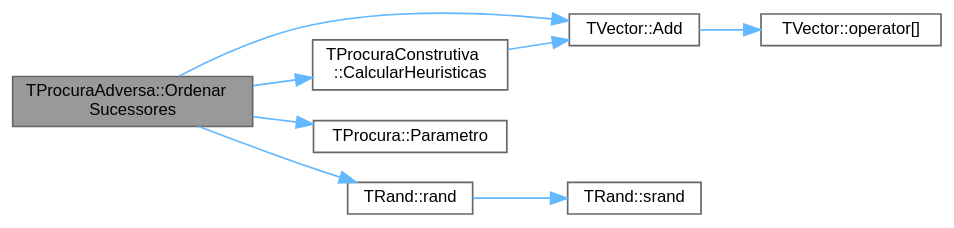
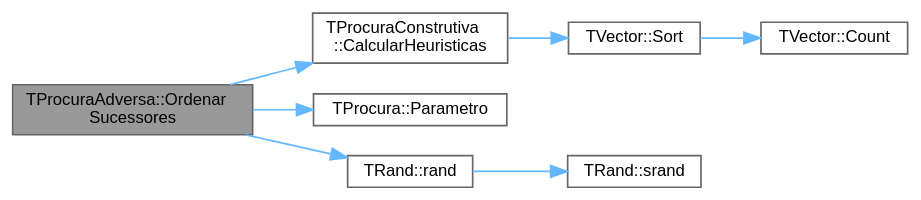
The diagram in classTProcuraAdversa_a369a3b5182150b22fd6deb0d46916d49_cgraph.dot (jcoelho72/TProcura), drawn with Graphviz before and after one commit. The commit also changed 169 other files, not shown here.

```diff
--- a/classTProcuraAdversa_a369a3b5182150b22fd6deb0d46916d49_cgraph.dot
+++ b/classTProcuraAdversa_a369a3b5182150b22fd6deb0d46916d49_cgraph.dot
@@ -1,22 +1,21 @@
 digraph "TProcuraAdversa::OrdenarSucessores"
 {
  // LATEX_PDF_SIZE
   bgcolor="transparent";
   edge [fontname=Helvetica,fontsize=10,labelfontname=Helvetica,labelfontsize=10];
   node [fontname=Helvetica,fontsize=10,shape=box,height=0.2,width=0.4];
   rankdir="LR";
   Node1 [id="Node000001",label="TProcuraAdversa::Ordenar\lSucessores",height=0.2,width=0.4,color="gray40", fillcolor="grey60", style="filled", fontcolor="black",tooltip=" "];
-  Node1 -> Node2 [id="edge8_Node000001_Node000002",color="steelblue1",style="solid",tooltip=" "];
-  Node2 [id="Node000002",label="TVector::Add",height=0.2,width=0.4,color="grey40", fillcolor="white", style="filled",URL="$classTVector.html#aa28afdd47b27c5e004fc75b86d6f66a6",tooltip=" "];
-  Node2 -> Node3 [id="edge9_Node000002_Node000003",color="steelblue1",style="solid",tooltip=" "];
-  Node3 [id="Node000003",label="TVector::operator[]",height=0.2,width=0.4,color="grey40", fillcolor="white", style="filled",URL="$classTVector.html#a372a42fd7c4a94fee43db36d6a339b33",tooltip="Acesso por índice com auto-expansão."];
-  Node1 -> Node4 [id="edge10_Node000001_Node000004",color="steelblue1",style="solid",tooltip=" "];
-  Node4 [id="Node000004",label="TProcuraConstrutiva\l::CalcularHeuristicas",height=0.2,width=0.4,color="grey40", fillcolor="white", style="filled",URL="$classTProcuraConstrutiva.html#a640e74c9b6cd340761db671438ad679e",tooltip=" "];
-  Node4 -> Node2 [id="edge11_Node000004_Node000002",color="steelblue1",style="solid",tooltip=" "];
-  Node1 -> Node5 [id="edge12_Node000001_Node000005",color="steelblue1",style="solid",tooltip=" "];
+  Node1 -> Node2 [id="edge7_Node000001_Node000002",color="steelblue1",style="solid",tooltip=" "];
+  Node2 [id="Node000002",label="TProcuraConstrutiva\l::CalcularHeuristicas",height=0.2,width=0.4,color="grey40", fillcolor="white", style="filled",URL="$classTProcuraConstrutiva.html#a640e74c9b6cd340761db671438ad679e",tooltip=" "];
+  Node2 -> Node3 [id="edge8_Node000002_Node000003",color="steelblue1",style="solid",tooltip=" "];
+  Node3 [id="Node000003",label="TVector::Sort",height=0.2,width=0.4,color="grey40", fillcolor="white", style="filled",URL="$classTVector.html#a6006a477a6794ac80c97cc35c8925699",tooltip="Ordena todo o vetor, opcionalmente devolvendo índices ordenados."];
+  Node3 -> Node4 [id="edge9_Node000003_Node000004",color="steelblue1",style="solid",tooltip=" "];
+  Node4 [id="Node000004",label="TVector::Count",height=0.2,width=0.4,color="grey40", fillcolor="white", style="filled",URL="$classTVector.html#ac3c744d84543ca6e32859eb7dfccfeef",tooltip=" "];
+  Node1 -> Node5 [id="edge10_Node000001_Node000005",color="steelblue1",style="solid",tooltip=" "];
   Node5 [id="Node000005",label="TProcura::Parametro",height=0.2,width=0.4,color="grey40", fillcolor="white", style="filled",URL="$classTProcura.html#a0e9e692f29af8a5d5279a8647c800437",tooltip=" "];
-  Node1 -> Node6 [id="edge13_Node000001_Node000006",color="steelblue1",style="solid",tooltip=" "];
+  Node1 -> Node6 [id="edge11_Node000001_Node000006",color="steelblue1",style="solid",tooltip=" "];
   Node6 [id="Node000006",label="TRand::rand",height=0.2,width=0.4,color="grey40", fillcolor="white", style="filled",URL="$namespaceTRand.html#a8f8ec155d796c5586198ac75eb966d4f",tooltip="Retorna o próximo valor pseudo-aleatório."];
-  Node6 -> Node7 [id="edge14_Node000006_Node000007",color="steelblue1",style="solid",tooltip=" "];
+  Node6 -> Node7 [id="edge12_Node000006_Node000007",color="steelblue1",style="solid",tooltip=" "];
   Node7 [id="Node000007",label="TRand::srand",height=0.2,width=0.4,color="grey40", fillcolor="white", style="filled",URL="$namespaceTRand.html#ad0b319d6f58ab6820b001b4e3d3ae245",tooltip="Inicializa a semente da geração pseudo-aleatória."];
 }
```
